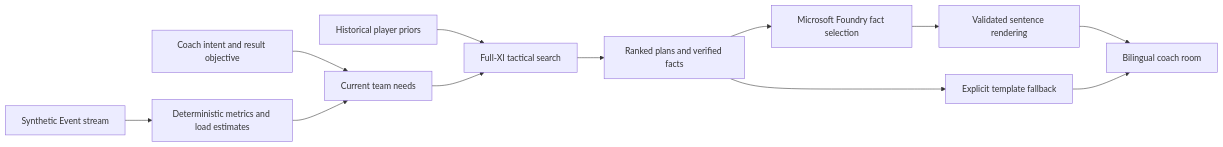
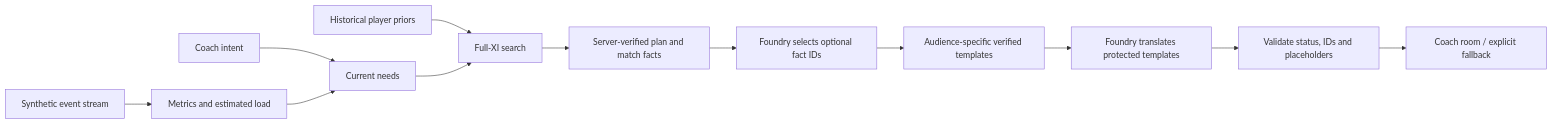
One commit to OfirMana/live-sub-intel changed the diagram in README.md. Above: the diagram before and after it, drawn with Mermaid. The commit also changed other lines of this file and 20 other files, not shown here.

````diff
--- a/README.md
+++ b/README.md
@@ -40,13 +29,13 @@
 ```mermaid
 flowchart LR
-    S[Synthetic Event stream] --> M[Deterministic metrics and load estimates]
-    P[Historical player priors] --> A[Full-XI tactical search]
-    C[Coach intent and result objective] --> N[Current team needs]
-    M --> N --> A
-    A --> J[Ranked plans and verified facts]
-    J --> F[Microsoft Foundry fact selection]
-    F --> R[Validated sentence rendering]
-    J --> T[Explicit template fallback]
-    R --> U[Bilingual coach room]
-    T --> U
+    E[Synthetic event stream] --> M[Metrics and estimated load]
+    P[Historical player priors] --> X[Full-XI search]
+    C[Coach intent] --> N[Current needs]
+    M --> N --> X
+    X --> F[Server-verified plan and match facts]
+    F --> A[Foundry selects optional fact IDs]
+    A --> V[Audience-specific verified templates]
+    V --> T[Foundry translates protected templates]
+    T --> G[Validate status, IDs and placeholders]
+    G --> U[Coach room / explicit fallback]
 ```
````
